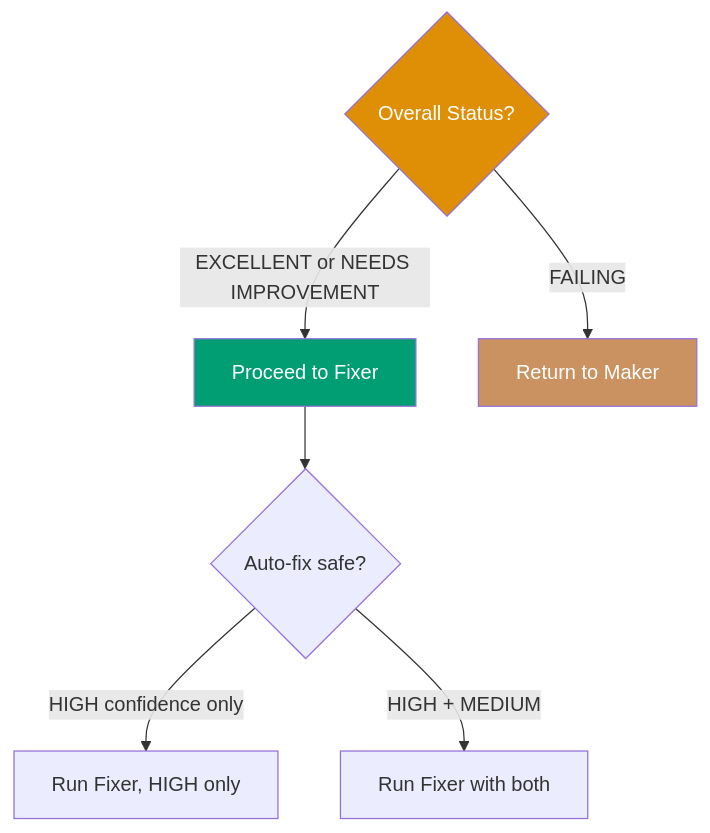
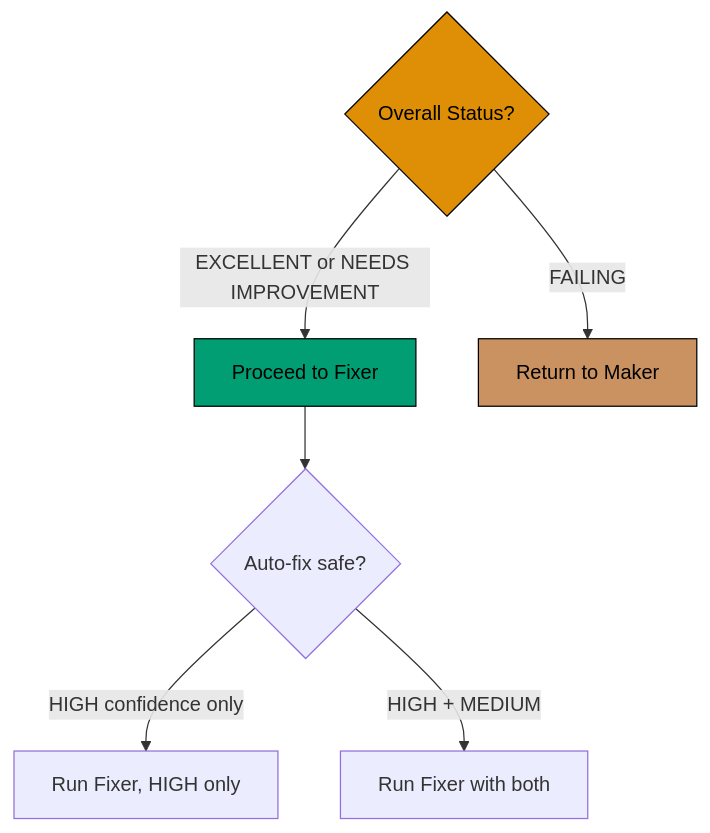
One commit to wahidyankf/ose-public changed the first of 2 diagrams in repo-governance/workflows/ayokoding-web/ayokoding-web-swe-by-example-quality-gate/003-user-review.md. Above: the diagram before and after it, drawn with Mermaid. The commit also changed other lines of this file and 90 other files, not shown here.

First line of the commit message:
docs(governance): make repo-governance diagrams accessible

````diff
--- a/repo-governance/workflows/ayokoding-web/ayokoding-web-swe-by-example-quality-gate/003-user-review.md
+++ b/repo-governance/workflows/ayokoding-web/ayokoding-web-swe-by-example-quality-gate/003-user-review.md
@@ -44,14 +44,19 @@
 ```mermaid
 graph TD
+    accTitle: 3. User Review (Manual Decision Point)
+    accDescr: Overall Status? leads to Proceed to Fixer via EXCELLENT or NEEDS IMPROVEMENT; Overall Status? leads to Return to Maker via FAILING; Proceed to Fixer leads to Auto-fix safe?; and 2 more links.
     A{Overall Status?}
     A -->|EXCELLENT or NEEDS IMPROVEMENT| B[Proceed to Fixer]
     A -->|FAILING| C[Return to Maker]
 
     B --> D{Auto-fix safe?}
     D -->|HIGH confidence only| E[Run Fixer, HIGH only]
     D -->|HIGH + MEDIUM| F[Run Fixer with both]
 
-    style A fill:#DE8F05,color:#fff
-    style B fill:#029E73,color:#fff
-    style C fill:#CA9161,color:#fff
+    classDef orange fill:#DE8F05,stroke:#000000,color:#000000
+    classDef teal fill:#029E73,stroke:#000000,color:#000000
+    classDef brown fill:#CA9161,stroke:#000000,color:#000000
+    class A orange
+    class B teal
+    class C brown
 ```
````
